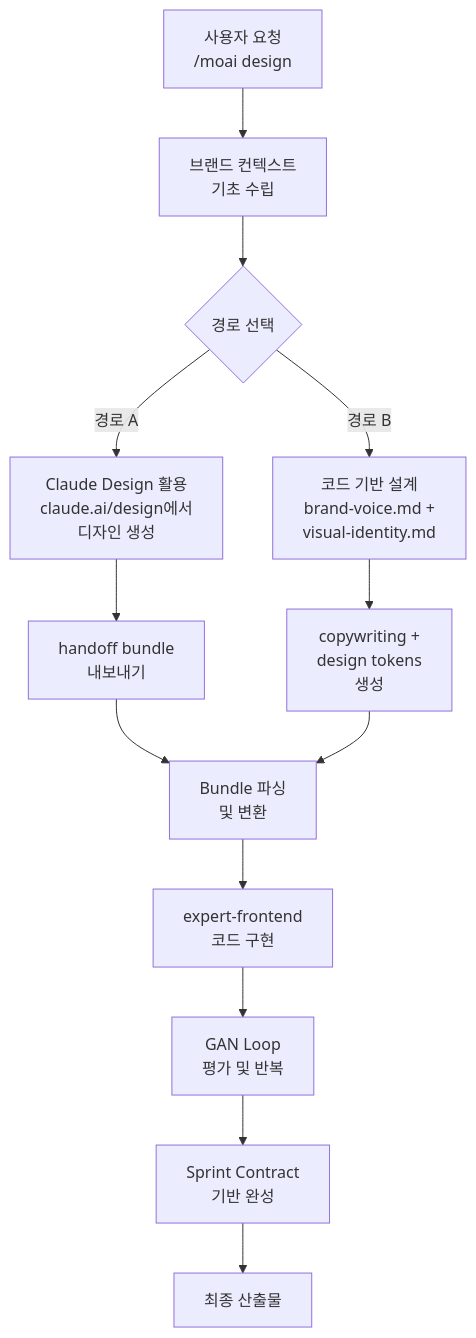
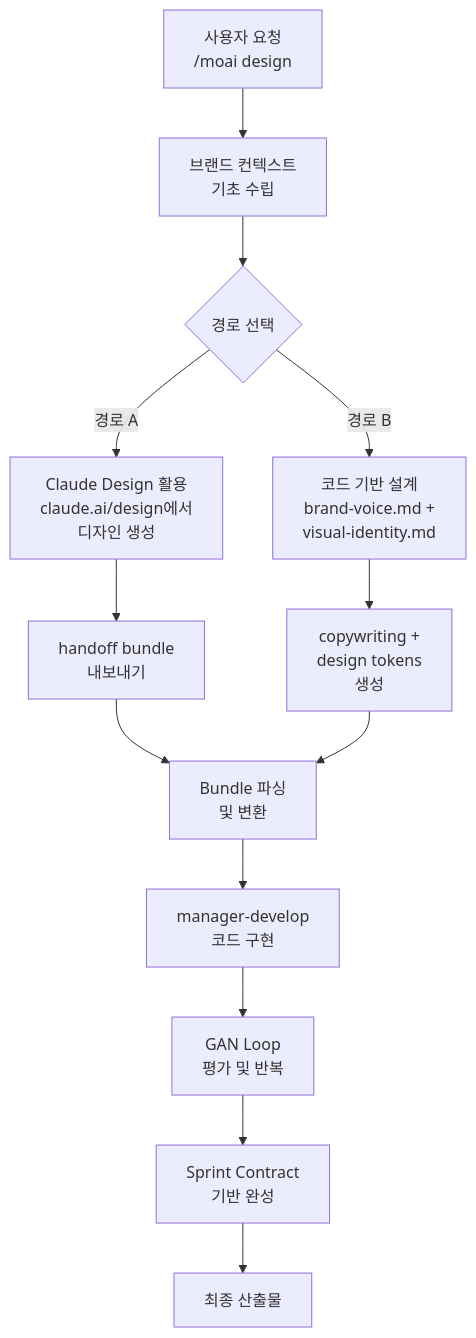
Before and after one commit to modu-ai/moai-adk: the diagram in docs-site/content/ko/design/_index.md, drawn with Mermaid. The commit also changed 153 other files, not shown here.

````diff
--- a/docs-site/content/ko/design/_index.md
+++ b/docs-site/content/ko/design/_index.md
@@ -14,15 +14,15 @@
 ```mermaid
 flowchart TD
     A["사용자 요청<br>/moai design"] --> B["브랜드 컨텍스트<br>기초 수립"]
     B --> C{경로 선택}
     C -->|경로 A| D["Claude Design 활용<br>claude.ai/design에서<br>디자인 생성"]
     C -->|경로 B| E["코드 기반 설계<br>brand-voice.md +<br>visual-identity.md"]
     D --> F["handoff bundle<br>내보내기"]
     E --> G["copywriting +<br>design tokens<br>생성"]
     F --> H["Bundle 파싱<br>및 변환"]
     G --> H
-    H --> I["expert-frontend<br>코드 구현"]
+    H --> I["manager-develop<br>코드 구현"]
     I --> J["GAN Loop<br>평가 및 반복"]
     J --> K["Sprint Contract<br>기반 완성"]
     K --> L["최종 산출물"]
 ```
````
